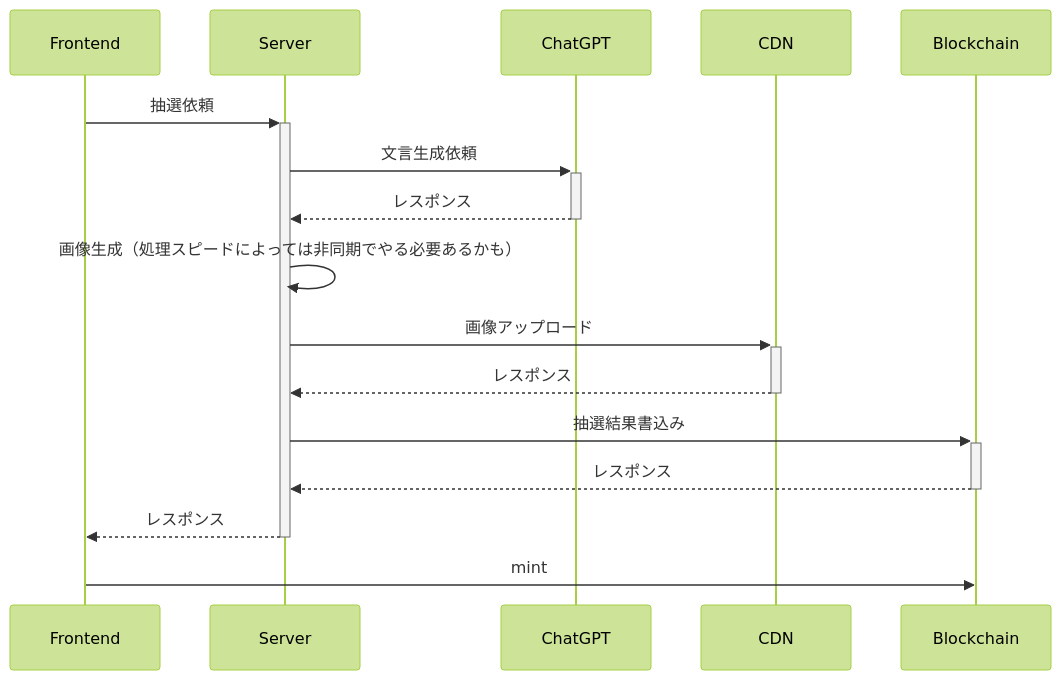
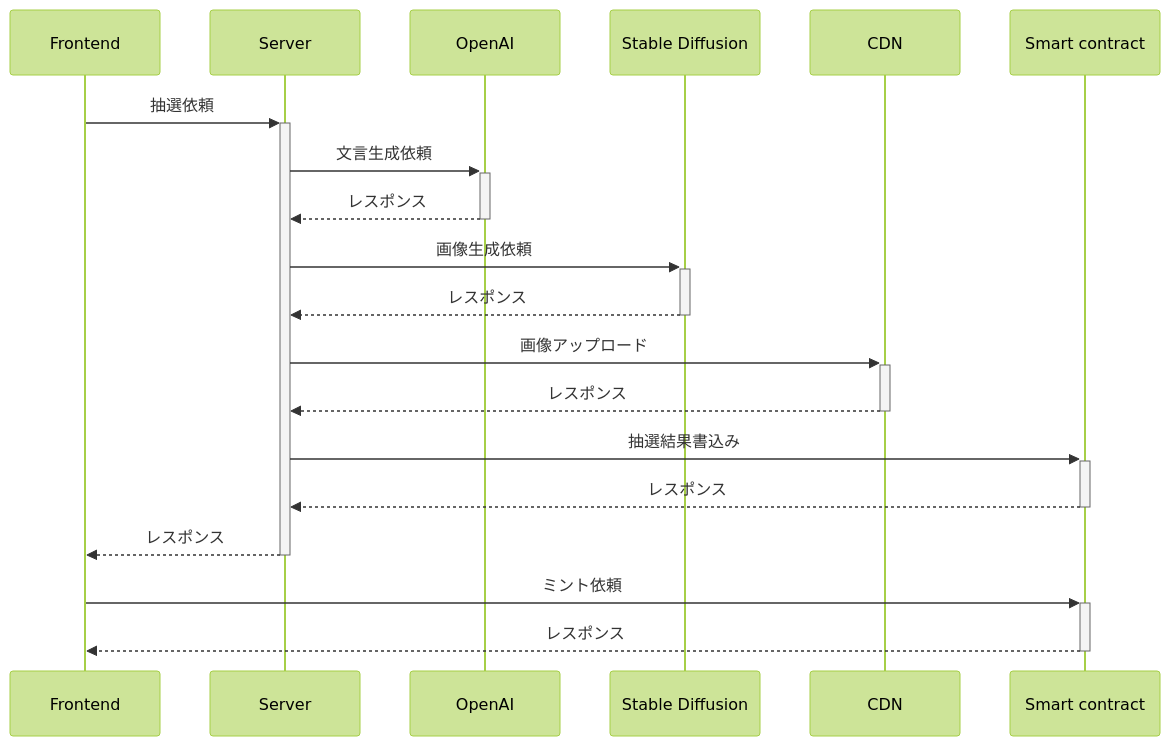
One commit to lepus-shinagawa/gemini changed the diagram in sequence.md. Above: the diagram before and after it, drawn with Mermaid (forest theme).

````diff
--- a/sequence.md
+++ b/sequence.md
@@ -1,14 +1,16 @@
 ```mermaid
 sequenceDiagram
   Frontend->>+Server: 抽選依頼
-  Server->>+ChatGPT: 文言生成依頼
-  ChatGPT-->>-Server: レスポンス
-  Server->>Server: 画像生成（処理スピードによっては非同期でやる必要あるかも）
+  Server->>+OpenAI: 文言生成依頼
+  OpenAI-->>-Server: レスポンス
+  Server->>+Stable Diffusion: 画像生成依頼
+  Stable Diffusion-->>-Server: レスポンス
   Server->>+CDN: 画像アップロード
   CDN-->>-Server: レスポンス
-  Server->>+Blockchain: 抽選結果書込み
-  Blockchain-->>-Server: レスポンス
+  Server->>+Smart contract: 抽選結果書込み
+  Smart contract-->>-Server: レスポンス
   Server-->>-Frontend: レスポンス
 
-  Frontend->>Blockchain: mint
+  Frontend->>+Smart contract: ミント依頼
+  Smart contract-->>-Frontend: レスポンス
 ```
````
